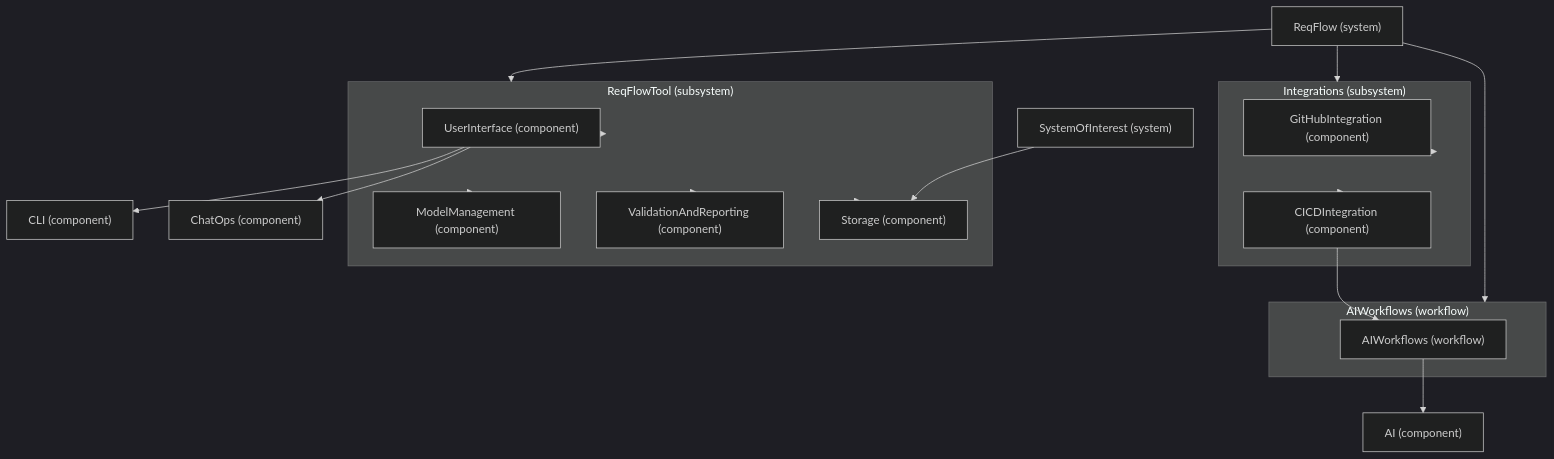
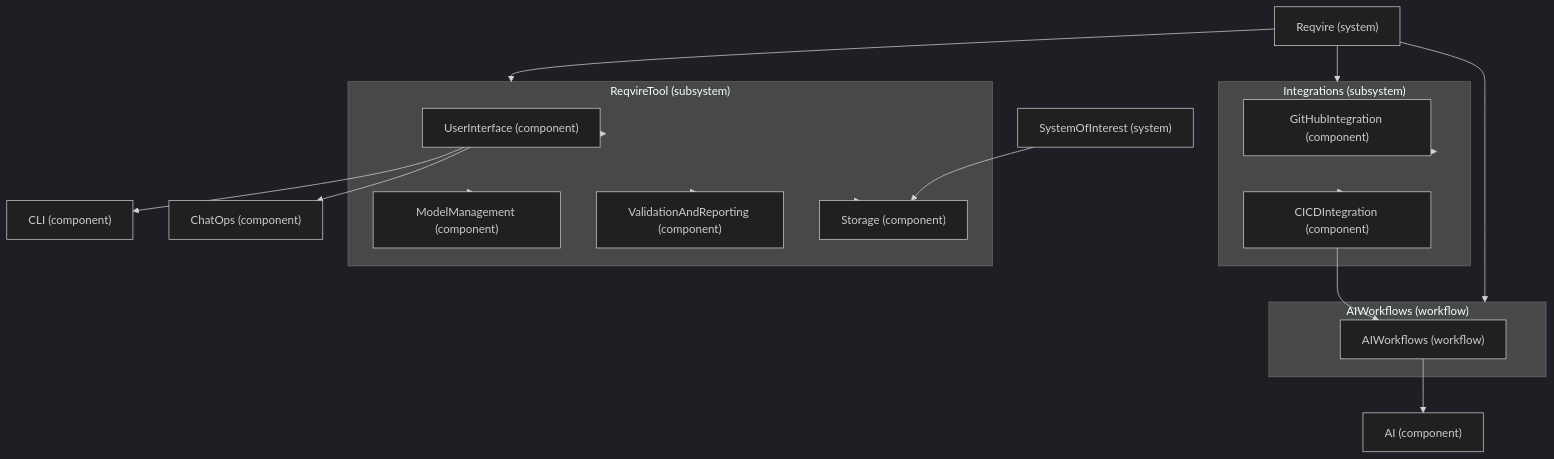
The second of 2 diagrams in specifications/PhysicalArchitecture.md (reqvire-org/reqvire), drawn with Mermaid (dark theme) before and after one commit. The commit also changed other lines of this file and 160 other files, not shown here.

````diff
--- a/specifications/PhysicalArchitecture.md
+++ b/specifications/PhysicalArchitecture.md
@@ -82,51 +82,51 @@
 ```mermaid
 graph TD
     %% Root System
-    ReqFlow["ReqFlow (system)"]
+    Reqvire["Reqvire (system)"]
 
-    %% Subsystems under ReqFlow
-    subgraph ReqFlowTool["ReqFlowTool (subsystem)"]
+    %% Subsystems under Reqvire
+    subgraph ReqvireTool["ReqvireTool (subsystem)"]
         UserInterface["UserInterface (component)"]
         ModelManagement["ModelManagement (component)"]
         ValidationAndReporting["ValidationAndReporting (component)"]
         Storage["Storage (component)"]
     end
 
     subgraph Integrations["Integrations (subsystem)"]
         GitHubIntegration["GitHubIntegration (component)"]
         CICDIntegration["CICDIntegration (component)"]
     end
 
     subgraph AIWorkflows["AIWorkflows (workflow)"]
         AIWorkflowsComponent["AIWorkflows (workflow)"]
     end
 
     %% AI component (added based on the logical architecture)
     AI["AI (component)"]
 
     %% Systems
     SystemOfInterest["SystemOfInterest (system)"]
 
     %% Hierarchical Structure
-    ReqFlow --> ReqFlowTool
-    ReqFlow --> Integrations
-    ReqFlow --> AIWorkflows
+    Reqvire --> ReqvireTool
+    Reqvire --> Integrations
+    Reqvire --> AIWorkflows
 
-    ReqFlowTool --> UserInterface
-    ReqFlowTool --> ModelManagement
-    ReqFlowTool --> ValidationAndReporting
-    ReqFlowTool --> Storage
+    ReqvireTool --> UserInterface
+    ReqvireTool --> ModelManagement
+    ReqvireTool --> ValidationAndReporting
+    ReqvireTool --> Storage
 
     UserInterface --> CLI["CLI (component)"]
     UserInterface --> ChatOps["ChatOps (component)"]
 
     Integrations --> GitHubIntegration
     Integrations --> CICDIntegration
 
     CICDIntegration --> AIWorkflowsComponent
 
     AIWorkflowsComponent --> AI
 
     SystemOfInterest --> Storage
 
 ```
````
